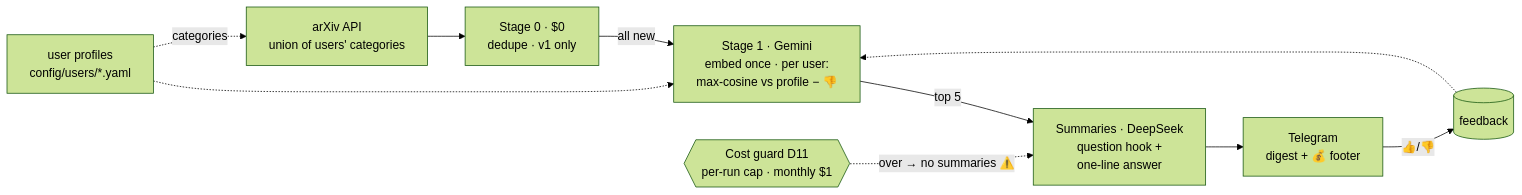
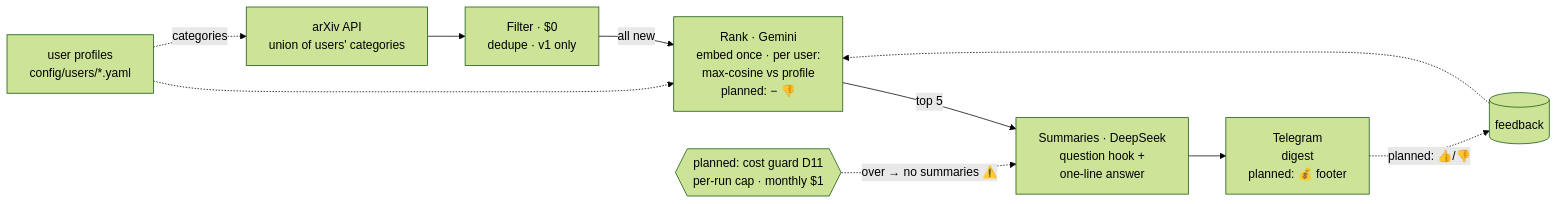
One commit to Matcry12/Newsloader changed the first of 2 diagrams in docs/architecture.md. Above: the diagram before and after it, drawn with Mermaid (forest theme). The commit also changed other lines of this file and 2 other files, not shown here.

Commit message:
docs: add README and mark built vs planned in docs

````diff
--- a/docs/architecture.md
+++ b/docs/architecture.md
@@ -4,12 +7,12 @@
 ```mermaid
 flowchart LR
     A[arXiv API<br/>union of users' categories] --> S0
-    S0[Stage 0 · $0<br/>dedupe · v1 only] -->|all new| S1
-    S1[Stage 1 · Gemini<br/>embed once · per user:<br/>max-cosine vs profile − 👎] -->|top 5| S3
-    S3[Summaries · DeepSeek<br/>question hook +<br/>one-line answer] --> T[Telegram<br/>digest + 💰 footer]
-    T -->|👍/👎| FB[(feedback)]
+    S0[Filter · $0<br/>dedupe · v1 only] -->|all new| S1
+    S1[Rank · Gemini<br/>embed once · per user:<br/>max-cosine vs profile<br/>planned: − 👎] -->|top 5| S3
+    S3[Summaries · DeepSeek<br/>question hook +<br/>one-line answer] --> T[Telegram<br/>digest<br/>planned: 💰 footer]
+    T -.->|planned: 👍/👎| FB[(feedback)]
     FB -.-> S1
     I[user profiles<br/>config/users/*.yaml] -.-> S1
     I -.->|categories| A
-    G{{Cost guard D11<br/>per-run cap · monthly $1}} -.->|over → no summaries ⚠️| S3
+    G{{planned: cost guard D11<br/>per-run cap · monthly $1}} -.->|over → no summaries ⚠️| S3
 ```
````
